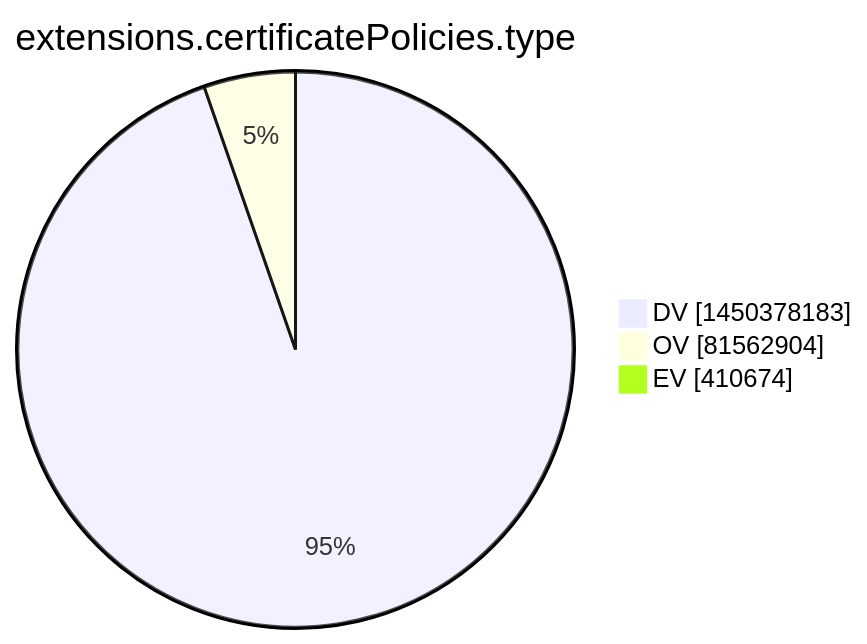
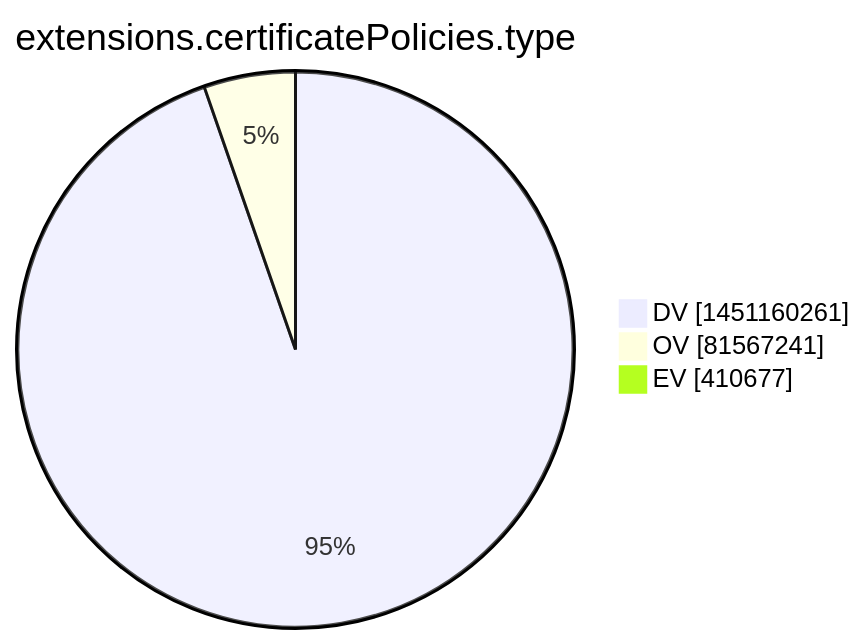
Before and after one commit to christiankrug/ctmonitor_visualization: the tenth of 15 diagrams in xenon2022/README.md, drawn with Mermaid. The commit also changed other lines of this file, not shown here.

````diff
--- a/xenon2022/README.md
+++ b/xenon2022/README.md
@@ -2870,7 +2870,7 @@
 ```mermaid
 pie showData
 title extensions.certificatePolicies.type
-"DV" :1450378183
-"OV" :81562904
-"EV" :410674
+"DV" :1451160261
+"OV" :81567241
+"EV" :410677
 ```
````
